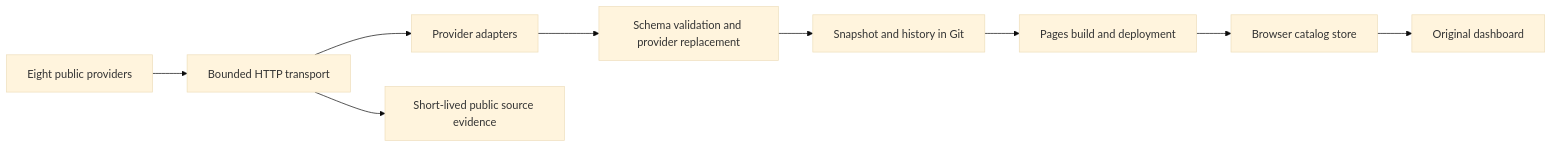
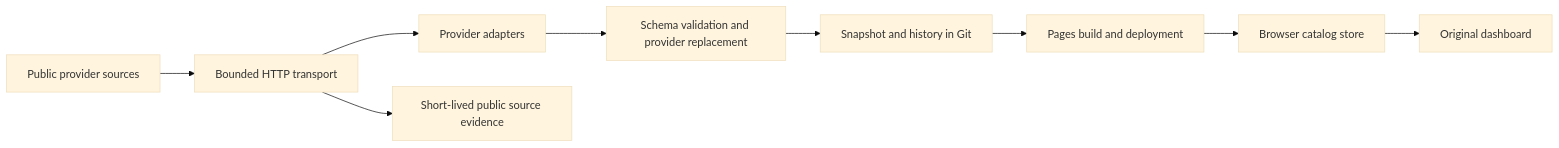
The diagram in ARCHITECTURE.md (DarkStarStrix/gpu-price-tracker), drawn with Mermaid (base theme) before and after one commit. The commit also changed other lines of this file and 20 other files, not shown here.

Commit message:
Track Hot Aisle and four more public GPU providers

````diff
--- a/ARCHITECTURE.md
+++ b/ARCHITECTURE.md
@@ -9,11 +9,11 @@
 ```mermaid
 flowchart LR
-  A[Eight public providers] --> B[Bounded HTTP transport]
+  A[Public provider sources] --> B[Bounded HTTP transport]
   B --> C[Provider adapters]
   C --> D[Schema validation and provider replacement]
   D --> E[Snapshot and history in Git]
   E --> F[Pages build and deployment]
   F --> G[Browser catalog store]
   G --> H[Original dashboard]
   B --> I[Short-lived public source evidence]
 ```
````
